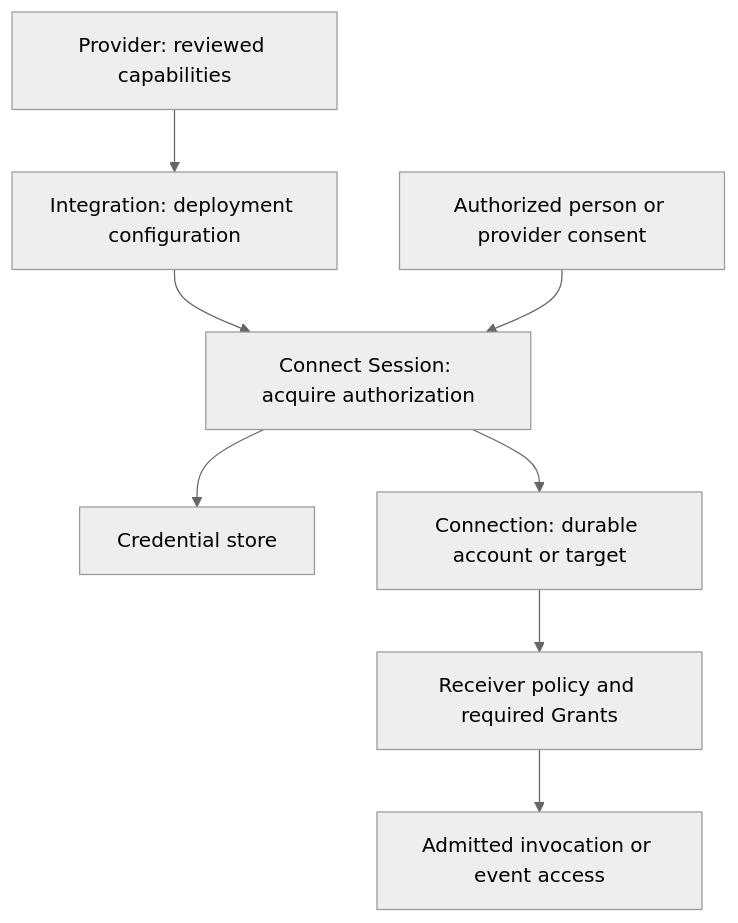
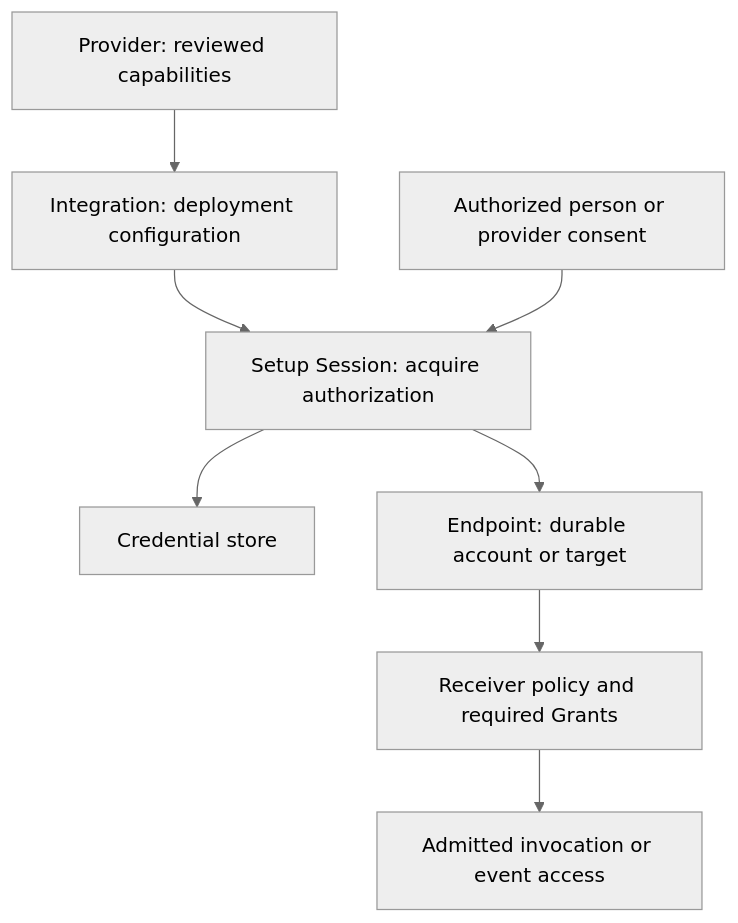
One commit to beyond10x/connectors changed the diagram in docs/architecture/authority.md. Above: the diagram before and after it, drawn with Mermaid (neutral theme). The commit also changed other lines of this file and 83 other files, not shown here.

````diff
--- a/docs/architecture/authority.md
+++ b/docs/architecture/authority.md
@@ -19,12 +19,12 @@
 ```mermaid
 flowchart TB
     accTitle: Establish access before requesting an action
-    accDescr: A deployment enables an Integration. A Connect Session establishes a Connection and credential custody; action admission remains a separate decision.
+    accDescr: A deployment enables an Integration. A Setup Session establishes a Endpoint and credential custody; action admission remains a separate decision.
     provider[Provider: reviewed capabilities] --> integration[Integration: deployment configuration]
-    integration --> session[Connect Session: acquire authorization]
+    integration --> session[Setup Session: acquire authorization]
     human[Authorized person or provider consent] --> session
     session --> store[Credential store]
-    session --> connection[Connection: durable account or target]
-    connection --> admission[Receiver policy and required Grants]
+    session --> endpoint[Endpoint: durable account or target]
+    endpoint --> admission[Receiver policy and required Grants]
     admission --> call[Admitted invocation or event access]
 ```
````
